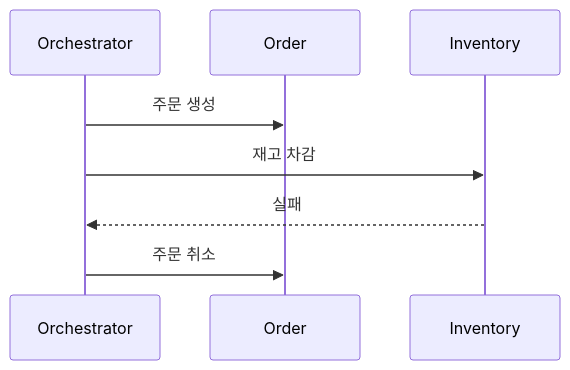
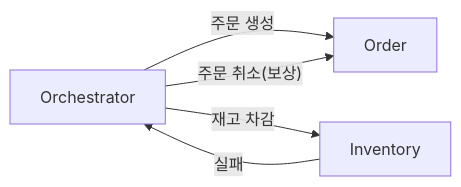
One commit to yjkim2015/yjkim2015.github.io changed the fifth of 8 diagrams in _posts/spring/2026-05-01-distributed-transaction.md. Above: the diagram before and after it, drawn with Mermaid. The commit also changed other lines of this file and 84 other files, not shown here.

First line of the commit message:
85개 포스트 Mermaid 다이어그램 규칙 일괄 수정

````diff
--- a/_posts/spring/2026-05-01-distributed-transaction.md
+++ b/_posts/spring/2026-05-01-distributed-transaction.md
@@ -133,10 +126,7 @@
 ```mermaid
-sequenceDiagram
-    participant SO as Orchestrator
-    participant OS as Order
-    participant IS as Inventory
-    SO->>OS: 주문 생성
-    SO->>IS: 재고 차감
-    IS-->>SO: 실패
-    SO->>OS: 주문 취소
+graph LR
+    SO["Orchestrator"] -->|"주문 생성"| OS["Order"]
+    SO -->|"재고 차감"| IS["Inventory"]
+    IS -->|"실패"| SO
+    SO -->|"주문 취소(보상)"| OS
 ```
````
